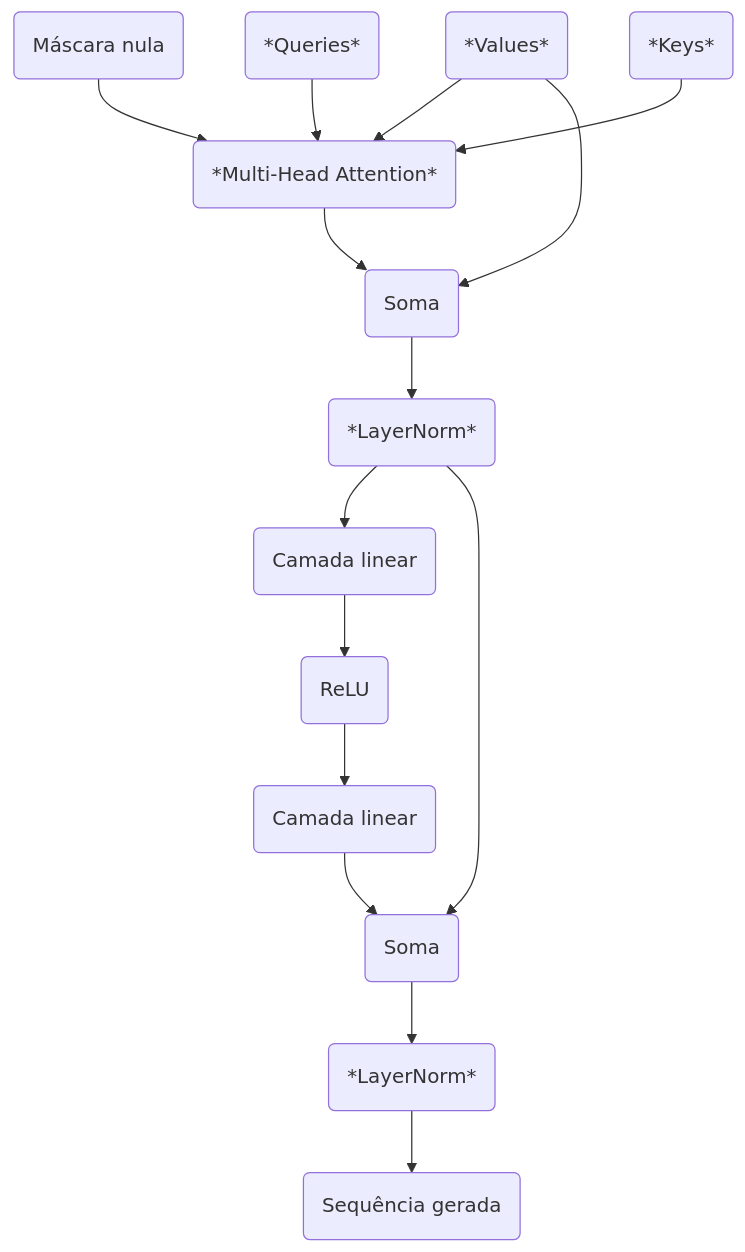
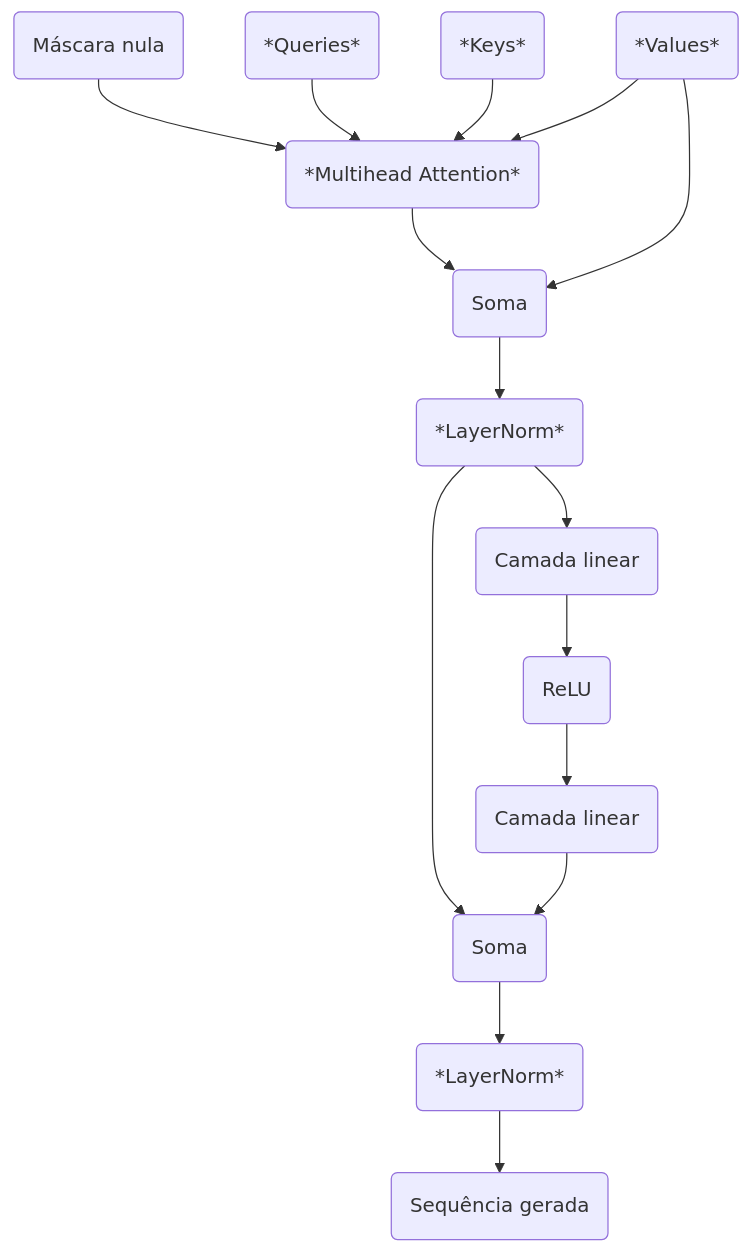
One commit to eshiraishi/eshiraishi.github.io changed the third of 7 diagrams in src/content/posts/transformers.md. Above: the diagram before and after it, drawn with Mermaid. The commit also changed other lines of this file and 9 other files, not shown here.

````diff
--- a/src/content/posts/transformers.md
+++ b/src/content/posts/transformers.md
@@ -792,30 +792,30 @@
 ```mermaid
 flowchart
+    Key(*Keys*)
     Mask(Máscara nula)    
     Query(*Queries*)
-    Key(*Keys*)
     Value(*Values*)
     Sum1(Soma)
     Sum2(Soma)
-    MHA(*Multi-Head Attention*)
+    MHA(*Multihead Attention*)
     LayerNorm1(*LayerNorm*)
     LayerNorm2(*LayerNorm*)
     Linear1(Camada linear)
     Linear2(Camada linear)
     ReLU(ReLU)
     output(Sequência gerada)
     Mask --> MHA
     Query --> MHA
     Key --> MHA
     Value --> MHA
-    Value --> Sum1
     MHA --> Sum1
     Sum1 --> LayerNorm1
     LayerNorm1 --> Linear1
     Linear1 --> ReLU
     ReLU --> Linear2
     LayerNorm1 --> Sum2
     Linear2 --> Sum2
     Sum2 --> LayerNorm2
     LayerNorm2 --> output
+    Value --> Sum1
 ```
````
